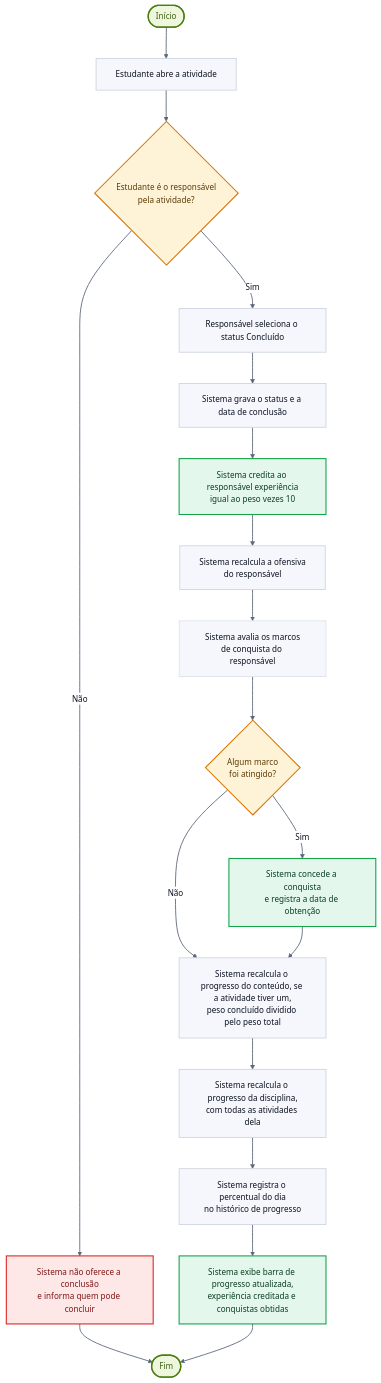
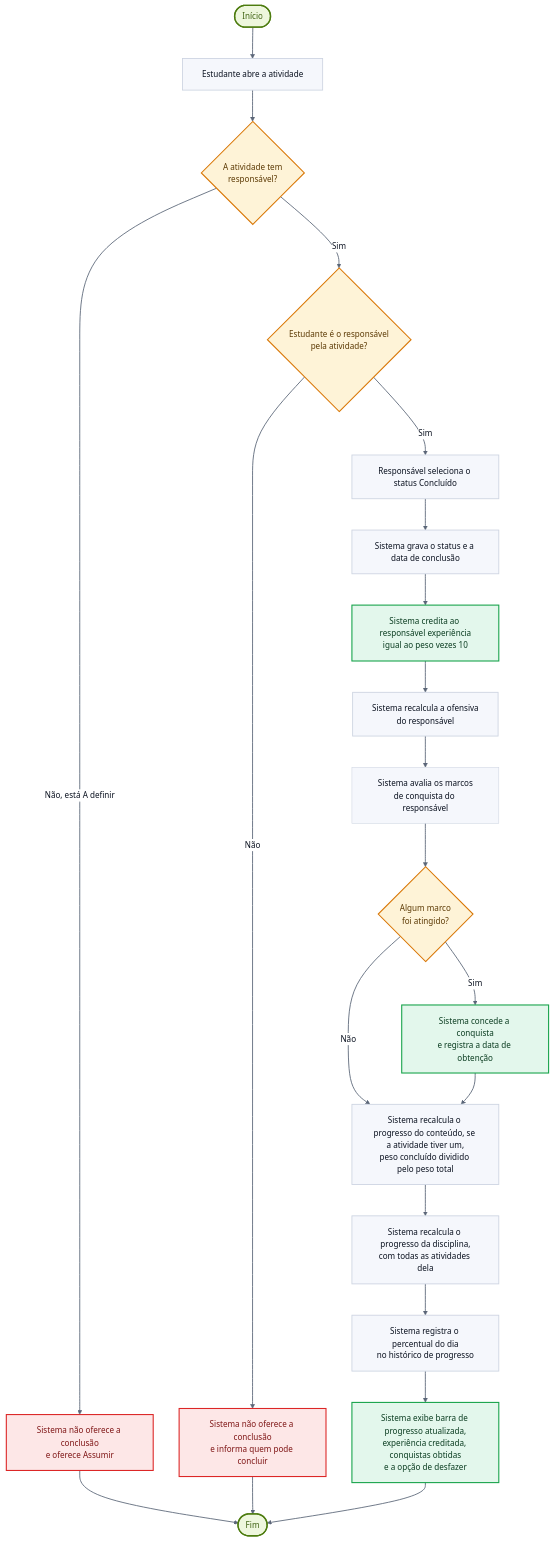
One commit to dedeyfogaca/equipe7-vertice changed the first of 2 diagrams in diagramas/03-atividade-concluir.md. Above: the diagram before and after it, drawn with Mermaid. The commit also changed other lines of this file and 23 other files, not shown here.

Commit message:
docs: requisitos, regras, casos de uso, diagramas e modelo de dados da revisão de 11/11

````diff
--- a/diagramas/03-atividade-concluir.md
+++ b/diagramas/03-atividade-concluir.md
@@ -10,41 +10,44 @@
 ```mermaid
 %%{init: {"theme": "base", "fontFamily": "Space Grotesk", "themeVariables": {"fontFamily": "Space Grotesk, Segoe UI, sans-serif", "fontSize": "15px", "primaryColor": "#F5F7FC", "primaryTextColor": "#0B1220", "primaryBorderColor": "#CDD4E1", "lineColor": "#5B6678", "secondaryColor": "#EEF7DD", "tertiaryColor": "#FAFBFE", "clusterBkg": "#FAFBFE", "clusterBorder": "#CDD4E1", "edgeLabelBackground": "#FFFFFF", "titleColor": "#0E7490", "nodeBorder": "#CDD4E1", "mainBkg": "#F5F7FC", "textColor": "#0B1220"}, "flowchart": {"curve": "basis", "padding": 18, "nodeSpacing": 48, "rankSpacing": 58}}}%%
 flowchart TD
     INI([Início]) --> A1[Estudante abre a atividade]
-    A1 --> D0{Estudante é o responsável<br/>pela atividade?}
+    A1 --> DD{A atividade tem<br/>responsável?}
+    DD -- Não, está A definir --> AD[Sistema não oferece a conclusão<br/>e oferece Assumir]
+    AD --> FIM
+    DD -- Sim --> D0{Estudante é o responsável<br/>pela atividade?}
     D0 -- Não --> A0[Sistema não oferece a conclusão<br/>e informa quem pode concluir]
     A0 --> FIM
     D0 -- Sim --> A2[Responsável seleciona o status Concluído]
     A2 --> A3[Sistema grava o status e a data de conclusão]
 
     A3 --> A4[Sistema credita ao responsável experiência<br/>igual ao peso vezes 10]
 
     A4 --> A5[Sistema recalcula a ofensiva<br/>do responsável]
     A5 --> A6[Sistema avalia os marcos<br/>de conquista do responsável]
 
     A6 --> D2{Algum marco<br/>foi atingido?}
     D2 -- Sim --> A61[Sistema concede a conquista<br/>e registra a data de obtenção]
     D2 -- Não --> A7
     A61 --> A7
 
     A7[Sistema recalcula o progresso do conteúdo, se a atividade tiver um,<br/>peso concluído dividido pelo peso total]
     A7 --> A8[Sistema recalcula o progresso da disciplina,<br/>com todas as atividades dela]
     A8 --> A9[Sistema registra o percentual do dia<br/>no histórico de progresso]
-    A9 --> A10[Sistema exibe barra de progresso atualizada,<br/>experiência creditada e conquistas obtidas]
+    A9 --> A10[Sistema exibe barra de progresso atualizada,<br/>experiência creditada, conquistas obtidas<br/>e a opção de desfazer]
     A10 --> FIM([Fim])
 
     classDef ator fill:#E0F7FC,stroke:#0891B2,stroke-width:2.5px,color:#0B1220
     classDef externo fill:#EEF1F6,stroke:#64748B,stroke-width:2px,color:#0B1220,stroke-dasharray:5 4
     classDef uc fill:#FFFFFF,stroke:#0891B2,stroke-width:1.6px,color:#0B1220
     classDef terminal fill:#EEF7DD,stroke:#4D7C0F,stroke-width:2.5px,color:#3F6212
     classDef acao fill:#F5F7FC,stroke:#CDD4E1,stroke-width:1.6px,color:#0B1220
     classDef decisao fill:#FEF3D7,stroke:#D97706,stroke-width:2px,color:#5C3A05
     classDef ganho fill:#E3F7EC,stroke:#16A34A,stroke-width:2px,color:#0B3D21
     classDef erro fill:#FDE7E7,stroke:#DC2626,stroke-width:2px,color:#7F1616
     class INI,FIM terminal
-    class D0,D2 decisao
+    class DD,D0,D2 decisao
     class A1,A2,A3,A5,A7,A8,A9 acao
-    class A0 erro
+    class A0,AD erro
     class A4,A61,A10 ganho
     linkStyle default stroke:#5B6678,stroke-width:1.6px
 ```
````
